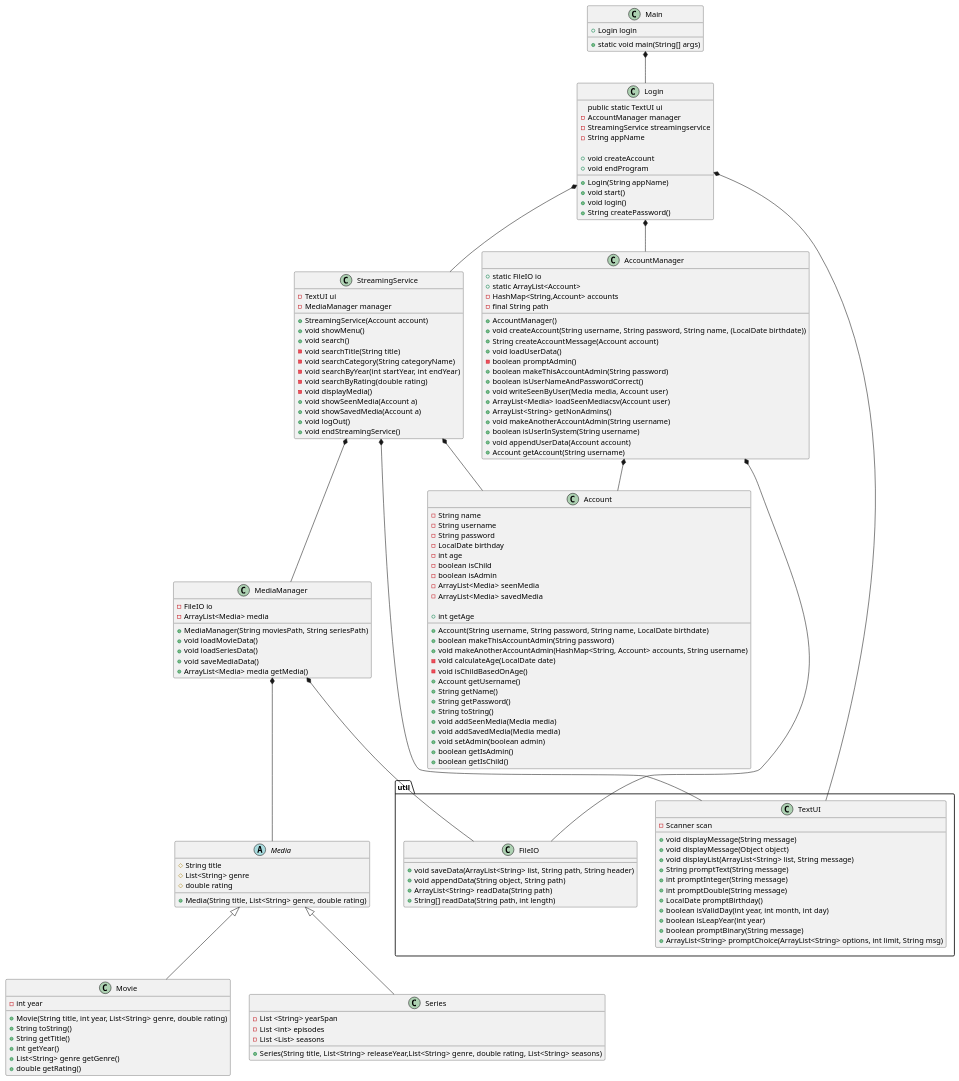
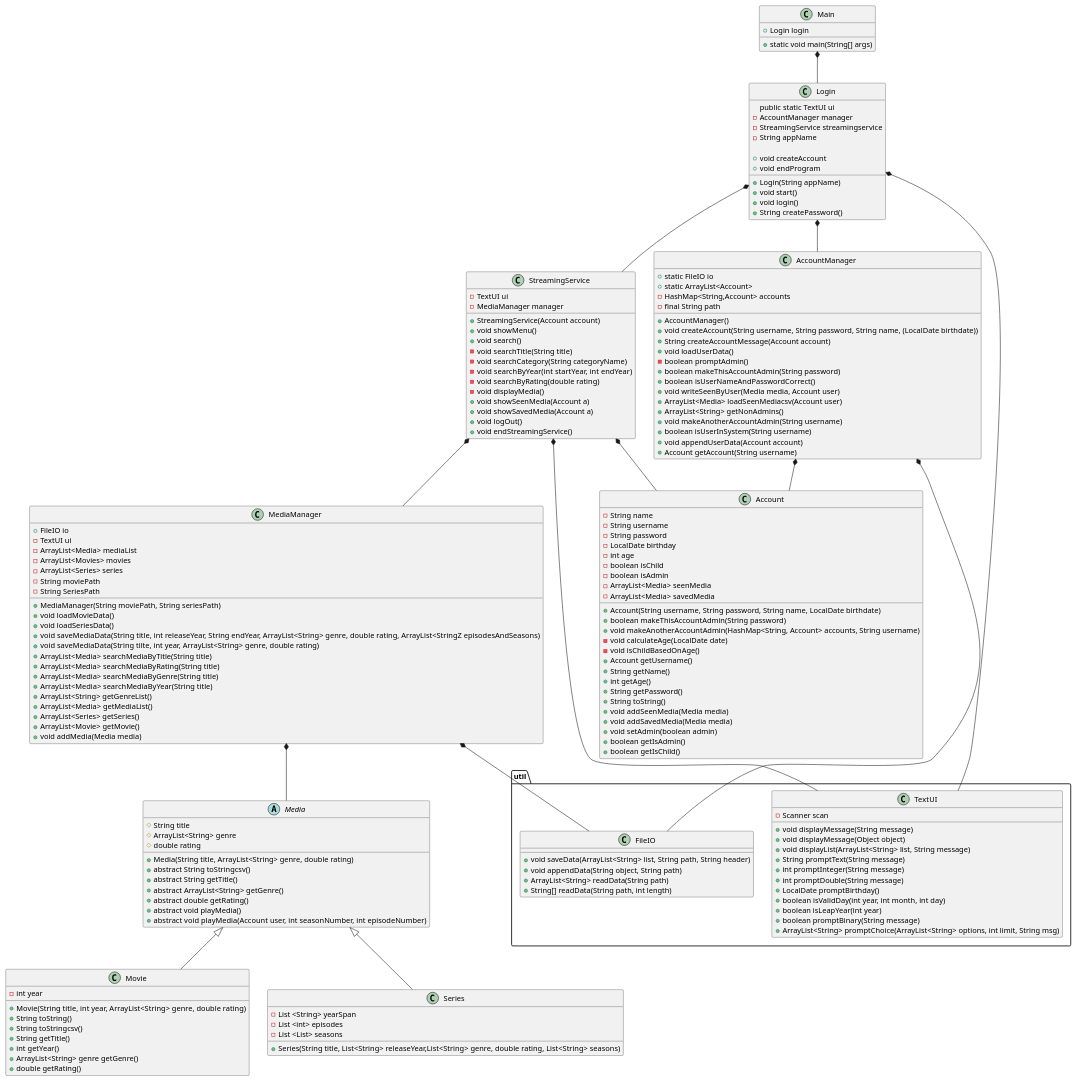
Before and after one commit to DHangaard/Studypoint3_Dat1_2025: the diagram in doc/Plan/Static/classdiagram_v1.puml, drawn with PlantUML. The commit also changed 3 other files, not shown here.

```diff
--- a/doc/Plan/Static/classdiagram_v1.puml
+++ b/doc/Plan/Static/classdiagram_v1.puml
@@ -18,7 +18,7 @@
 - void isChildBasedOnAge()
 + Account getUsername()
 + String getName()
-+ int getAge
++ int getAge()
 + String getPassword()
 + String toString()
 + void addSeenMedia(Media media)
@@ -27,6 +27,8 @@
 + boolean getIsAdmin()
 + boolean getIsChild()
 }
+
+
 
 class AccountManager {
 + static FileIO io
@@ -50,6 +52,8 @@
 + Account getAccount(String username)
 }
 
+
+
 class Login {
 public static TextUI ui
 - AccountManager manager
@@ -64,37 +68,71 @@
 + void endProgram
 }
 
+
+
 class Main{
 + Login login
 + static void main(String[] args)
 }
 
+
+
 Abstract Media{
 # String title
-# List<String> genre
+# ArrayList<String> genre
 # double rating
-+ Media(String title, List<String> genre, double rating)
+
++ Media(String title, ArrayList<String> genre, double rating)
++ abstract String toStringcsv()
++ abstract String getTitle()
++ abstract ArrayList<String> getGenre()
++ abstract double getRating()
++ abstract void playMedia()
++ abstract void playMedia(Account user, int seasonNumber, int episodeNumber)
 }
 
+
+
 class MediaManager {
-- FileIO io
-- ArrayList<Media> media
-+ MediaManager(String moviesPath, String seriesPath)
++ FileIO io
+- TextUI ui
+- ArrayList<Media> mediaList
+- ArrayList<Movies> movies
+- ArrayList<Series> series
+- String moviePath
+- String SeriesPath
+
++ MediaManager(String moviePath, String seriesPath)
 + void loadMovieData()
 + void loadSeriesData()
-+ void saveMediaData()
-+ ArrayList<Media> media getMedia()
++ void saveMediaData(String title, int releaseYear, String endYear, ArrayList<String> genre, double rating, ArrayList<StringZ episodesAndSeasons)
++ void saveMediaData(String tilte, int year, ArrayList<String> genre, double rating)
++ ArrayList<Media> searchMediaByTitle(String title)
++ ArrayList<Media> searchMediaByRating(String title)
++ ArrayList<Media> searchMediaByGenre(String title)
++ ArrayList<Media> searchMediaByYear(String title)
++ ArrayList<String> getGenreList()
++ ArrayList<Media> getMediaList()
++ ArrayList<Series> getSeries()
++ ArrayList<Movie> getMovie()
++ void addMedia(Media media)
 }
+
+
 
 class Movie{
 - int year
-+ Movie(String title, int year, List<String> genre, double rating)
+
++ Movie(String title, int year, ArrayList<String> genre, double rating)
 + String toString()
++ String toStringcsv()
 + String getTitle()
 + int getYear()
-+ List<String> genre getGenre()
++ ArrayList<String> genre getGenre()
 + double getRating()
 }
+
+
 
 class Series{
 - List <String> yearSpan
@@ -102,6 +140,8 @@
 - List <List> seasons
 + Series(String title, List<String> releaseYear,List<String> genre, double rating, List<String> seasons)
 }
+
+
 
 class StreamingService{
 - TextUI ui
@@ -119,6 +159,7 @@
 + void logOut()
 + void endStreamingService()
 }
+
 
 
 package "util" {
@@ -148,6 +189,7 @@
  }
 
 
+
 Main *-- Login
 Login *-- AccountManager
 Login *-- StreamingService
```
